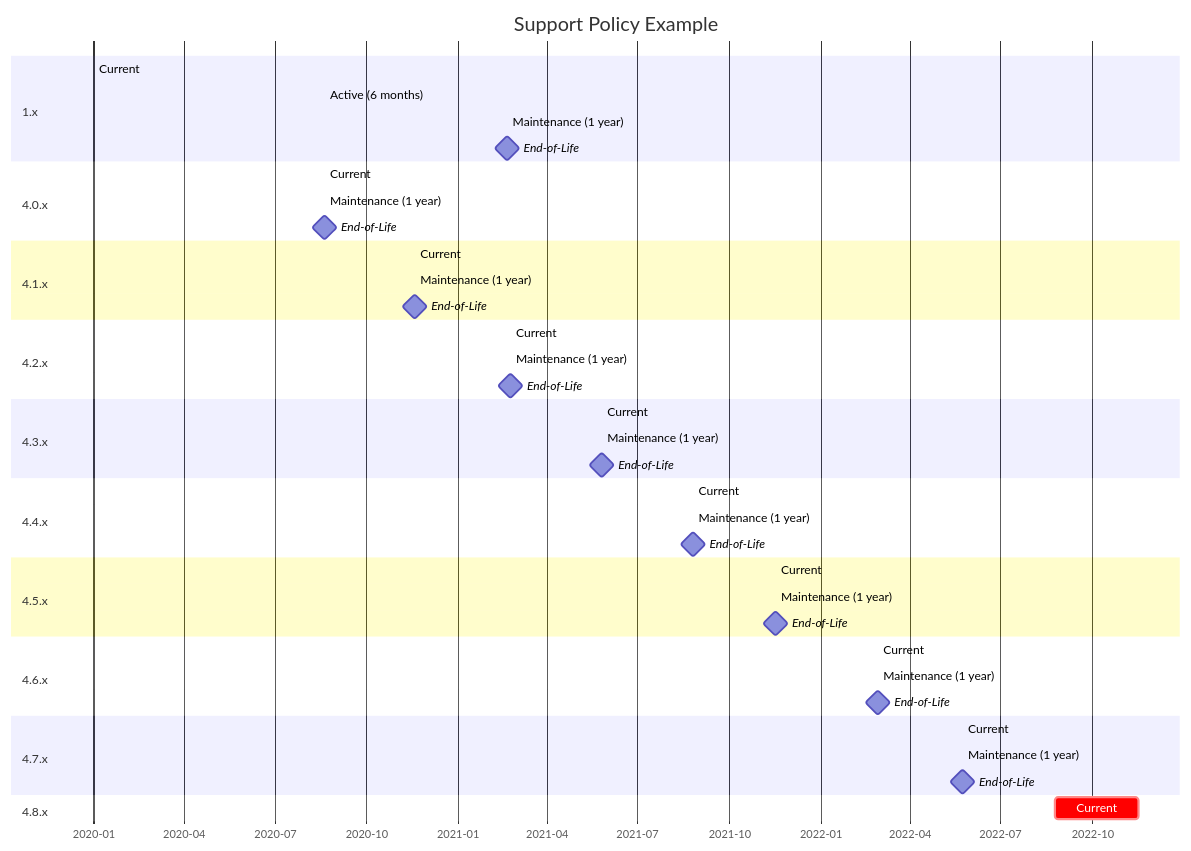
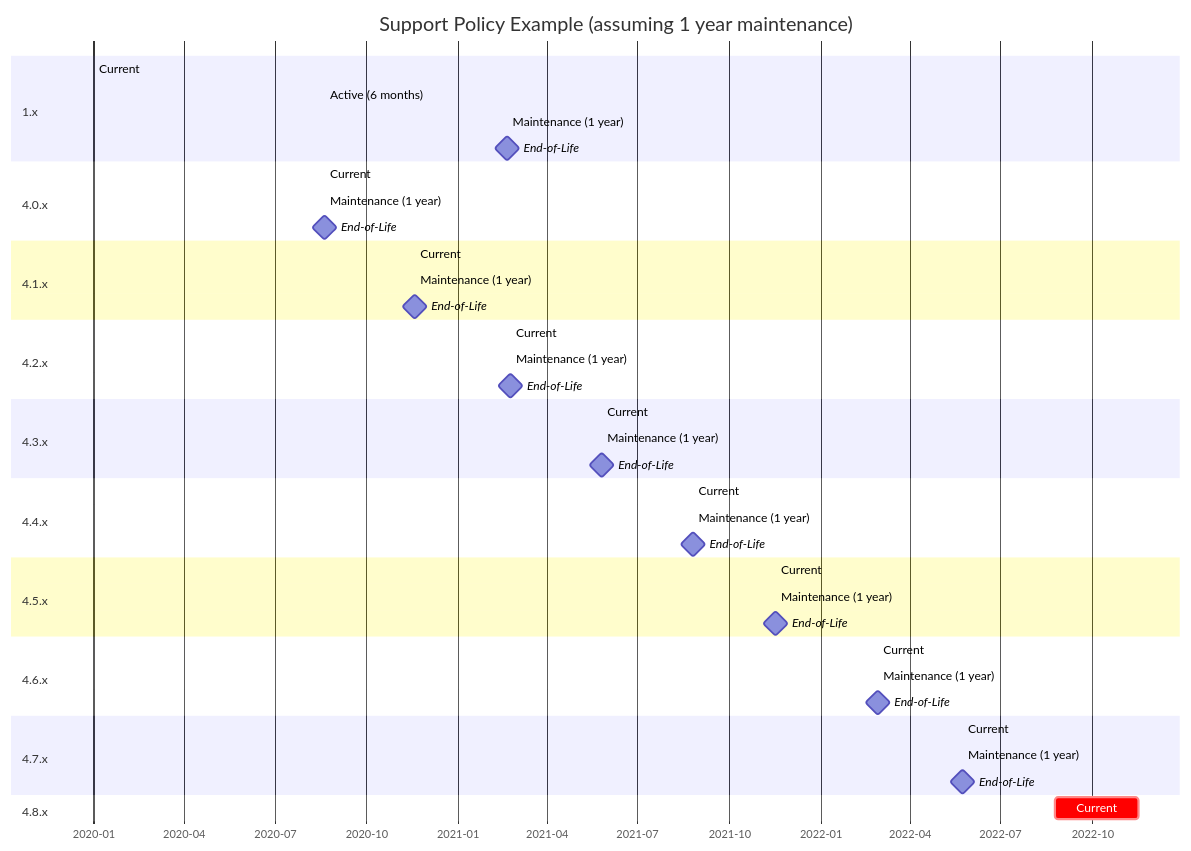
The first of 3 diagrams in text/0374-jsii-ts-version.md (aws/aws-cdk-rfcs), drawn with Mermaid before and after one commit. The commit also changed other lines of this file, not shown here.

Commit message:
chore: alternate scenarios for maintenance windows

````diff
--- a/text/0374-jsii-ts-version.md
+++ b/text/0374-jsii-ts-version.md
@@ -216,56 +216,56 @@
 ```mermaid
 gantt
-  title Support Policy Example
+  title Support Policy Example (assuming 1 year maintenance)
   axisFormat %Y-%m
   todayMarker off
 
   section 1.x
   Current                 :crit, 2020-01-01,2020-08-20
   Active (6 months)       :2020-08-20,2021-02-20
-  Maintenance (1 year)    :2021-02-20,2023-02-20
+  Maintenance (1 year)    :2021-02-20,2022-02-20
   End-of-Life             :milestone, 0d
 
   section 4.0.x
   Current                 :crit, 2020-08-20, 2020-11-19
   Maintenance (1 year)    :2021-11-19
   End-of-Life             :milestone, 0d
 
   section 4.1.x
   Current                 :crit, 2020-11-19, 2021-02-23
   Maintenance (1 year)    :2022-02-23
   End-of-Life             :milestone, 0d
 
   section 4.2.x
   Current                 :crit, 2021-02-23, 2021-05-26
   Maintenance (1 year)    :2022-05-26
   End-of-Life             :milestone, 0d
 
   section 4.3.x
   Current                 :crit, 2021-05-26, 2021-08-26
   Maintenance (1 year)    :2022-08-26
   End-of-Life             :milestone, 0d
 
   section 4.4.x
   Current                 :crit, 2021-08-26, 2021-11-17
   Maintenance (1 year)    :2022-11-17
   End-of-Life             :milestone, 0d
 
   section 4.5.x
   Current                 :crit, 2021-11-17, 2022-02-28
   Maintenance (1 year)    :2023-02-28
   End-of-Life             :milestone, 0d
 
   section 4.6.x
   Current                 :crit, 2022-02-28, 2022-05-24
   Maintenance (1 year)    :2023-05-24
   End-of-Life             :milestone, 0d
 
   section 4.7.x
   Current                 :crit, 2022-05-24, 2022-08-25
   Maintenance (1 year)    :2023-08-25
   End-of-Life             :milestone, 0d
 
   section 4.8.x
   Current                 :crit, 2022-08-25, 12w
   %% 4.8 is the current TypeScript release at time of writing...
 ```
````
